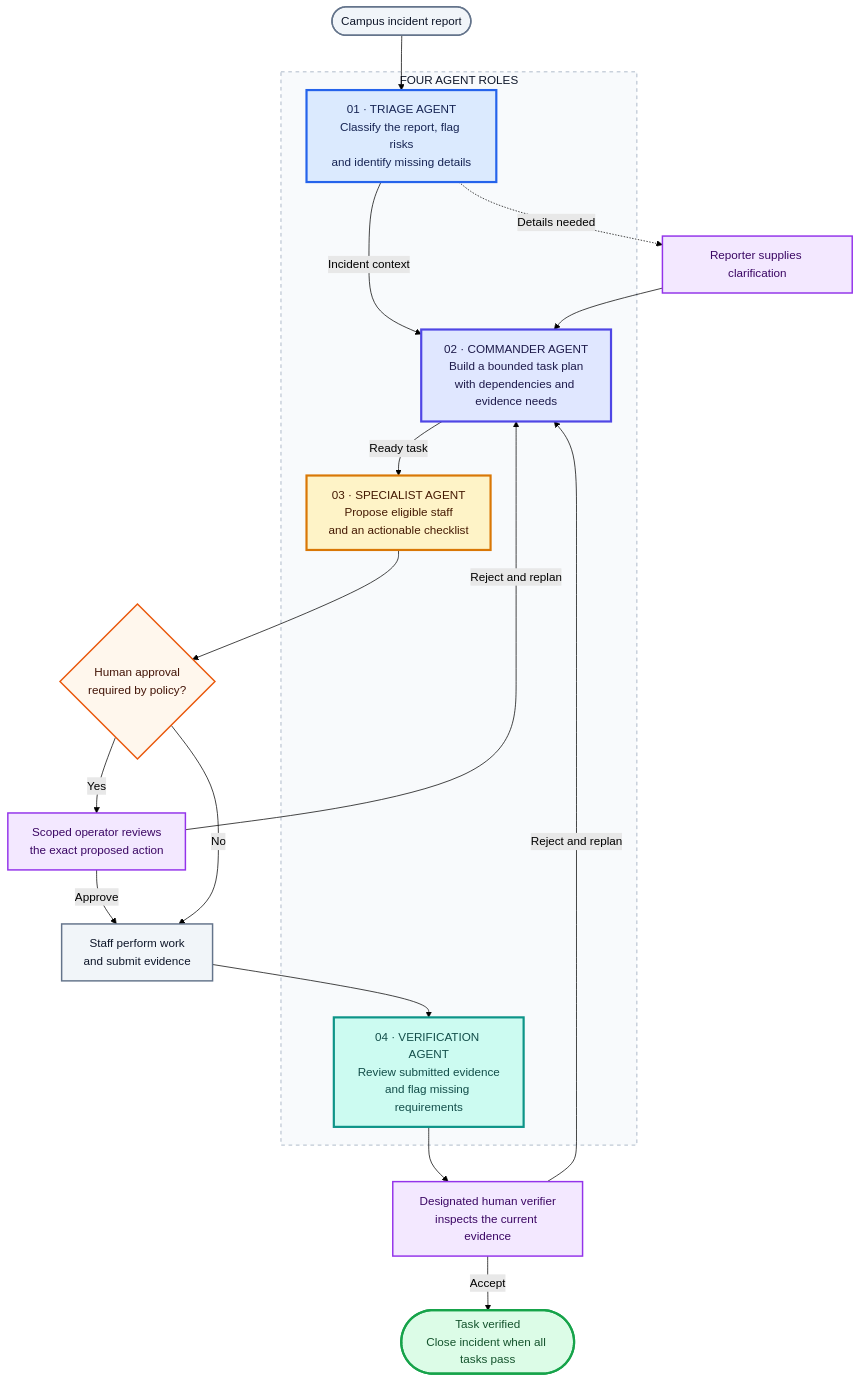
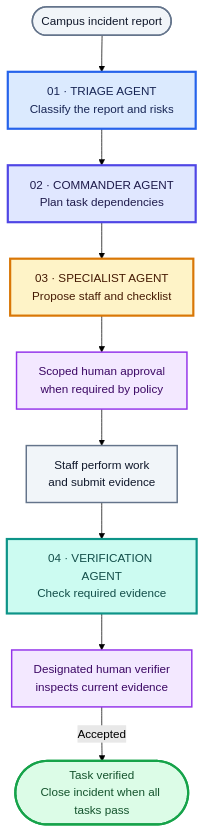
Before and after one commit to thotashashank302/O.R.I.O.N---OPERATING-RESPONSE-AND-INCIDENT-ORCHESTRATION-NETWORK: the second of 4 diagrams in README.md, drawn with Mermaid (forest theme).

Commit message:
Fix agent flowchart layout and label wrapping

````diff
--- a/README.md
+++ b/README.md
@@ -58,43 +58,36 @@
 ```mermaid
 flowchart TD
-    REPORT(["Campus incident report"]) --> TRIAGE
+    REPORT(["Campus incident report"])
+    TRIAGE["01 · TRIAGE AGENT<br/>Classify the report and risks"]
+    COMMANDER["02 · COMMANDER AGENT<br/>Plan task dependencies"]
+    SPECIALIST["03 · SPECIALIST AGENT<br/>Propose staff and checklist"]
+    APPROVE["Scoped human approval<br/>when required by policy"]
+    WORK["Staff perform work<br/>and submit evidence"]
+    VERIFICATION["04 · VERIFICATION AGENT<br/>Check required evidence"]
+    HUMAN["Designated human verifier<br/>inspects current evidence"]
+    DONE(["Task verified<br/>Close incident when all tasks pass"])
 
-    subgraph AGENTS["FOUR AGENT ROLES"]
-        TRIAGE["01 · TRIAGE AGENT<br/>Classify the report, flag risks<br/>and identify missing details"]
-        COMMANDER["02 · COMMANDER AGENT<br/>Build a bounded task plan<br/>with dependencies and evidence needs"]
-        SPECIALIST["03 · SPECIALIST AGENT<br/>Propose eligible staff<br/>and an actionable checklist"]
-        VERIFICATION["04 · VERIFICATION AGENT<br/>Review submitted evidence<br/>and flag missing requirements"]
-        TRIAGE -->|Incident context| COMMANDER
-        COMMANDER -->|Ready task| SPECIALIST
-    end
-
-    TRIAGE -.->|Details needed| CLARIFY["Reporter supplies clarification"]
-    CLARIFY --> COMMANDER
-    SPECIALIST --> GATE{"Human approval<br/>required by policy?"}
-    GATE -->|Yes| APPROVE["Scoped operator reviews<br/>the exact proposed action"]
-    APPROVE -->|Approve| WORK["Staff perform work<br/>and submit evidence"]
-    APPROVE -->|Reject and replan| COMMANDER
-    GATE -->|No| WORK
+    REPORT --> TRIAGE
+    TRIAGE --> COMMANDER
+    COMMANDER --> SPECIALIST
+    SPECIALIST --> APPROVE
+    APPROVE --> WORK
     WORK --> VERIFICATION
-    VERIFICATION --> HUMAN["Designated human verifier<br/>inspects the current evidence"]
-    HUMAN -->|Reject and replan| COMMANDER
-    HUMAN -->|Accept| DONE(["Task verified<br/>Close incident when all tasks pass"])
+    VERIFICATION --> HUMAN
+    HUMAN -->|Accepted| DONE
 
     classDef triage fill:#DBEAFE,stroke:#2563EB,color:#172554,stroke-width:3px
     classDef commander fill:#E0E7FF,stroke:#4F46E5,color:#1E1B4B,stroke-width:3px
     classDef specialist fill:#FEF3C7,stroke:#D97706,color:#451A03,stroke-width:3px
     classDef verification fill:#CCFBF1,stroke:#0D9488,color:#134E4A,stroke-width:3px
     classDef human fill:#F3E8FF,stroke:#9333EA,color:#3B0764,stroke-width:2px
-    classDef decision fill:#FFF7ED,stroke:#EA580C,color:#431407,stroke-width:2px
     classDef neutral fill:#F1F5F9,stroke:#64748B,color:#0F172A,stroke-width:2px
     classDef complete fill:#DCFCE7,stroke:#16A34A,color:#14532D,stroke-width:3px
     class TRIAGE triage
     class COMMANDER commander
     class SPECIALIST specialist
     class VERIFICATION verification
-    class CLARIFY,APPROVE,HUMAN human
-    class GATE decision
+    class APPROVE,HUMAN human
     class REPORT,WORK neutral
     class DONE complete
-    style AGENTS fill:#F8FAFC,stroke:#94A3B8,color:#0F172A,stroke-width:1px,stroke-dasharray:5 5
 ```
````
